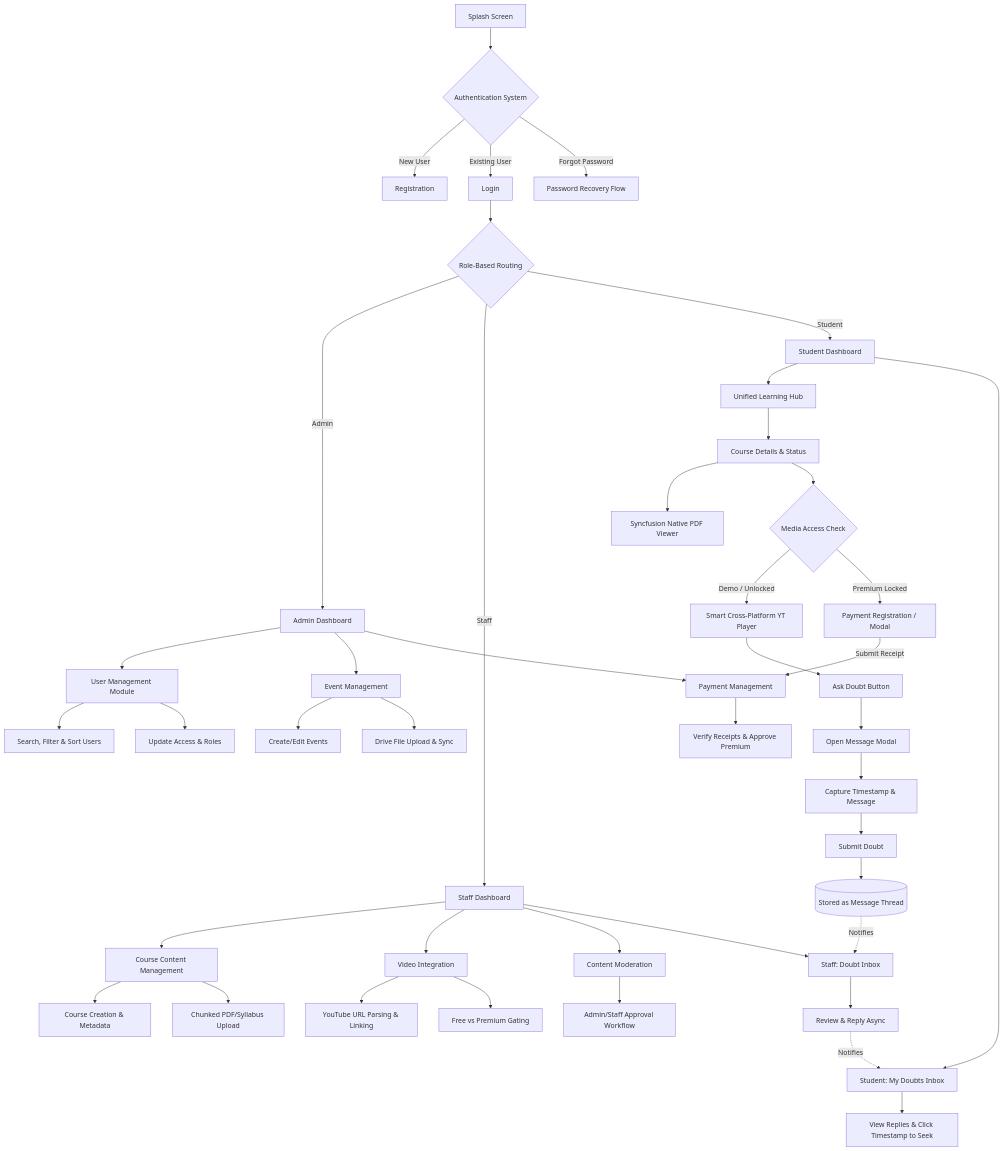
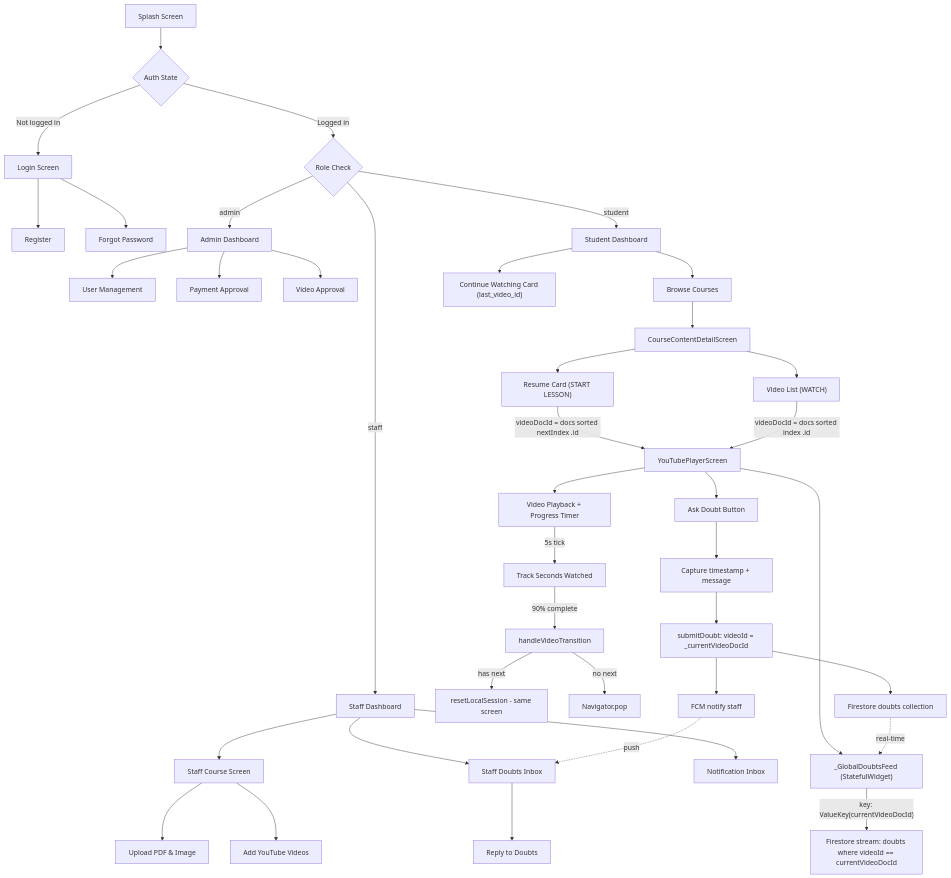
Before and after one commit to Vinothkumar0311/Vaagai_app: the diagram in README.md, drawn with Mermaid. The commit also changed other lines of this file and 14 other files, not shown here.

Commit message:
Completed UPTO tracking and Doubt,Auto video change

````diff
--- a/README.md
+++ b/README.md
@@ -55,60 +435,51 @@
 ```mermaid
 graph TD
-    %% Authentication & Onboarding
-    A[Splash Screen] --> B{Authentication System}
-    B -->|New User| B1[Registration]
-    B -->|Existing User| B2[Login]
-    B -->|Forgot Password| B3[Password Recovery Flow]
-    
-    %% Role Evaluation
-    B2 --> C{Role-Based Routing}
-    C -->|Admin| D[Admin Dashboard]
-    C -->|Staff| E[Staff Dashboard]
-    C -->|Student| F[Student Dashboard]
+    A[Splash Screen] --> B{Auth State}
+    B -->|Not logged in| C[Login Screen]
+    C --> D[Register] & E[Forgot Password]
+    B -->|Logged in| F{Role Check}
 
-    %% Admin Flow
-    D --> D1[User Management Module]
-    D1 --> D1a[Search, Filter & Sort Users]
-    D1 --> D1b[Update Access & Roles]
-    D --> D2[Event Management]
-    D2 --> D2a[Create/Edit Events]
-    D2 --> D2b[Drive File Upload & Sync]
-    D --> D3[Payment Management]
-    D3 --> D3a[Verify Receipts & Approve Premium]
+    F -->|admin| G[Admin Dashboard]
+    F -->|staff| H[Staff Dashboard]
+    F -->|student| I[Student Dashboard]
 
-    %% Staff Flow
-    E --> E1[Course Content Management]
-    E1 --> E1a[Course Creation & Metadata]
-    E1 --> E1b[Chunked PDF/Syllabus Upload]
-    E --> E2[Video Integration]
-    E2 --> E2a[YouTube URL Parsing & Linking]
-    E2 --> E2b[Free vs Premium Gating]
-    E --> E3[Content Moderation]
-    E3 --> E3a[Admin/Staff Approval Workflow]
+    G --> G1[User Management]
+    G --> G2[Payment Approval]
+    G --> G3[Video Approval]
 
-    %% Student Flow
-    F --> F1[Unified Learning Hub]
-    F1 --> F2[Course Details & Status]
-    F2 --> F3[Syncfusion Native PDF Viewer]
-    F2 --> F4{Media Access Check}
-    
-    F4 -->|Demo / Unlocked| F5[Smart Cross-Platform YT Player]
-    F4 -->|Premium Locked| F6[Payment Registration / Modal]
-    F6 -->|Submit Receipt| D3
+    H --> H1[Staff Course Screen]
+    H1 --> H2[Upload PDF & Image]
+    H1 --> H3[Add YouTube Videos]
+    H --> H4[Staff Doubts Inbox]
+    H4 --> H5[Reply to Doubts]
+    H --> H6[Notification Inbox]
 
-    %% 🧩 Async Doubt System
-    F5 --> G1[Ask Doubt Button]
-    G1 --> G2[Open Message Modal]
-    G2 --> G3[Capture Timestamp & Message]
-    G3 --> G4[Submit Doubt]
-    G4 --> G5[(Stored as Message Thread)]
-    
-    F --> F7[Student: My Doubts Inbox]
-    F7 --> F7a[View Replies & Click Timestamp to Seek]
-    
-    E --> E4[Staff: Doubt Inbox]
-    E4 --> E4a[Review & Reply Async]
-    
-    G5 -.->|Notifies| E4
-    E4a -.->|Notifies| F7
+    I --> I1[Browse Courses]
+    I --> I2["Continue Watching Card (last_video_id)"]
+    I1 --> I3[CourseContentDetailScreen]
+
+    I3 --> I4["Resume Card (START LESSON)"]
+    I3 --> I5["Video List (WATCH)"]
+
+    I4 -->|videoDocId = docs sorted nextIndex .id| I6
+    I5 -->|videoDocId = docs sorted index .id| I6
+
+    I6[YouTubePlayerScreen]
+    I6 --> I7[Video Playback + Progress Timer]
+    I7 -->|5s tick| I8[Track Seconds Watched]
+    I8 -->|90% complete| I9[handleVideoTransition]
+    I9 -->|has next| I10[resetLocalSession - same screen]
+    I9 -->|no next| I11[Navigator.pop]
+
+    I6 --> I12["_GlobalDoubtsFeed (StatefulWidget)"]
+    I12 -->|"key: ValueKey(currentVideoDocId)"| I13["Firestore stream: doubts where videoId == currentVideoDocId"]
+
+    I6 --> I14[Ask Doubt Button]
+    I14 --> I15[Capture timestamp + message]
+    I15 --> I16["submitDoubt: videoId = _currentVideoDocId"]
+    I16 --> I17[Firestore doubts collection]
+    I16 --> I18[FCM notify staff]
+
+    I17 -.->|real-time| I12
+    I18 -.->|push| H4
 ```
````
